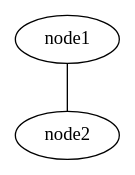
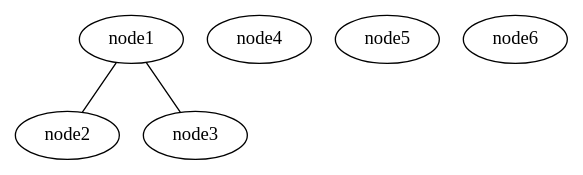
The diagram in 2021-dot-runtime/TestDot/src/test.dot (acachadina/6CCS3MDE_Coursework), drawn with Graphviz before and after one commit. The commit also changed 4 other files, not shown here.

```diff
--- a/2021-dot-runtime/TestDot/src/test.dot
+++ b/2021-dot-runtime/TestDot/src/test.dot
@@ -1,6 +1,12 @@
 graph anna {
 	node1
 	node2
+	node3
+	node4
+	node5
+	node6
 	
 	node1--node2
+	node1--node3
+	
 }
```
